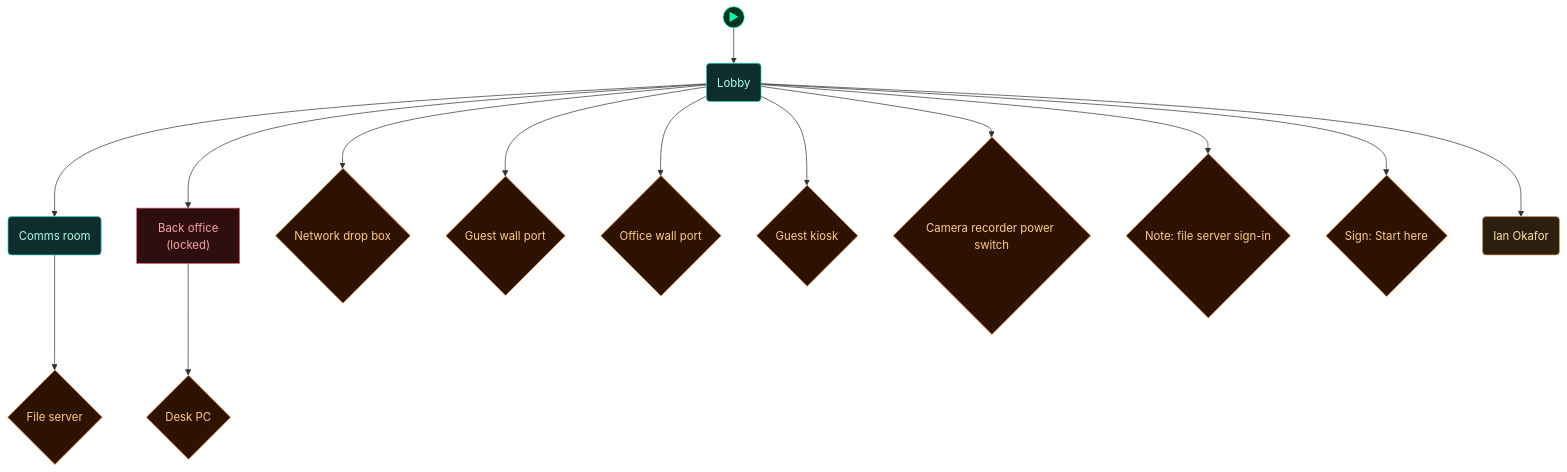
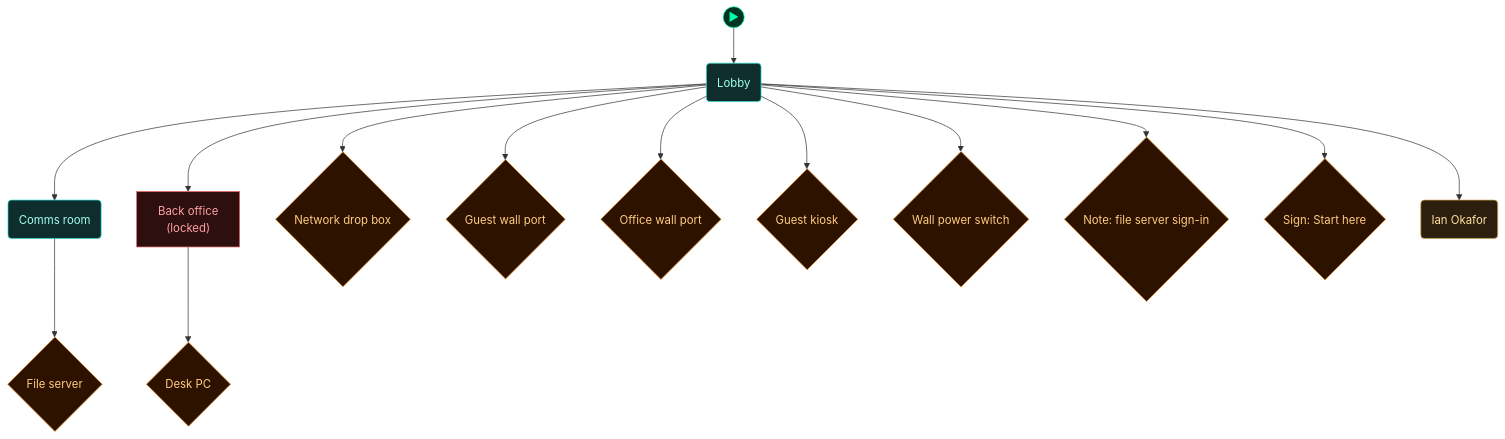
Before and after one commit to cliffe/BreakEscape: the fifth of 5 diagrams in scenarios/test_ops_scan/dungeon_graph.md, drawn with Mermaid. The commit also changed 1 other file, not shown here.

Commit message:
test_ops_scan: regenerated graph files (a switch's label had changed in the scenario)

````diff
--- a/scenarios/test_ops_scan/dungeon_graph.md
+++ b/scenarios/test_ops_scan/dungeon_graph.md
@@ -290,54 +290,54 @@
 ```mermaid
 flowchart TD
 
   classDef room      fill:#0f2d2d,stroke:#22ddcc,color:#a0ffee
   classDef lock      fill:#2d0f0f,stroke:#e66060,color:#ffa0a0
   classDef key       fill:#2d0812,stroke:#e66060,color:#ffa0a0
   classDef item      fill:#2d1200,stroke:#e89030,color:#ffcc80
   classDef gate      fill:#111,stroke:#666,color:#eee
   classDef vm        fill:#0c1f40,stroke:#4a90d9,color:#a0c8ff
   classDef flag      fill:#1a0c2d,stroke:#9060d0,color:#cc99ff
   classDef action    fill:#1a1200,stroke:#cc9922,color:#ffee88
   classDef aim       fill:#0d2a0d,stroke:#44cc44,color:#88ff88
   classDef aim_gate  fill:#111111,stroke:#44cc44,color:#44cc44
   classDef container fill:#1a2d1a,stroke:#60b060,color:#a0e0a0
   classDef npc       fill:#2d1f0d,stroke:#d0a050,color:#ffe0a0
   classDef critical  fill:#2a1500,stroke:#ffaa00,color:#ffdd88
   classDef start     fill:#003322,stroke:#00ffaa,color:#00ffaa
 
   node_start(("▶"))
   node_start --> lobby
 
   lobby("Lobby")
   comms_room("Comms room")
   back_office["Back office<br/>(locked)"]
   rc_kit_dropbox_1{"Network drop box"}
   rc_guest_port_2{"Guest wall port"}
   rc_office_port_3{"Office wall port"}
   rc_guest_kiosk_4{"Guest kiosk"}
-  rc_camrec_switch_5{"Camera recorder power switch"}
+  rc_camrec_switch_5{"Wall power switch"}
   rc_it_note_6{"Note: file server sign-in"}
   rc_sign_lobby_7{"Sign: Start here"}
   rc_npc_ian_okafor_8("Ian Okafor")
   rc_files01_9{"File server"}
   rc_desk01_10{"Desk PC"}
 
   lobby --> comms_room
   lobby --> back_office
   lobby --> rc_kit_dropbox_1
   lobby --> rc_guest_port_2
   lobby --> rc_office_port_3
   lobby --> rc_guest_kiosk_4
   lobby --> rc_camrec_switch_5
   lobby --> rc_it_note_6
   lobby --> rc_sign_lobby_7
   lobby --> rc_npc_ian_okafor_8
   comms_room --> rc_files01_9
   back_office --> rc_desk01_10
 
   class lobby,comms_room room
   class back_office lock
   class rc_kit_dropbox_1,rc_guest_port_2,rc_office_port_3,rc_guest_kiosk_4,rc_camrec_switch_5,rc_it_note_6,rc_sign_lobby_7,rc_files01_9,rc_desk01_10 item
   class rc_npc_ian_okafor_8 npc
   class node_start start
 ```
````
